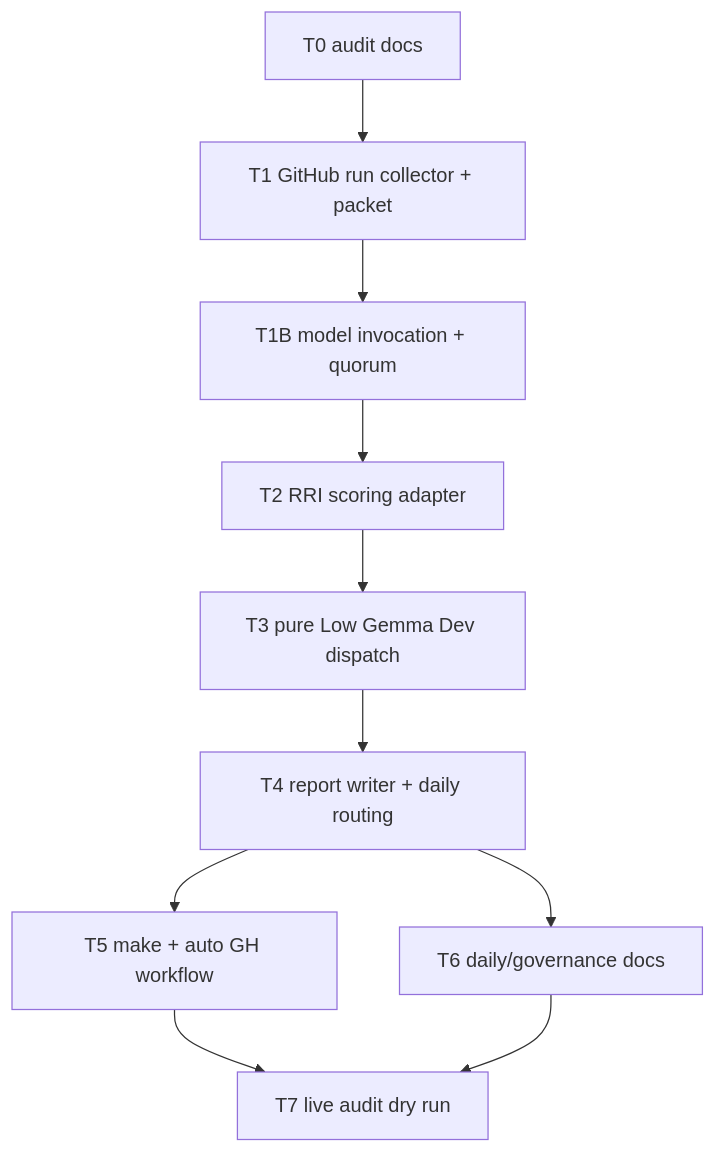
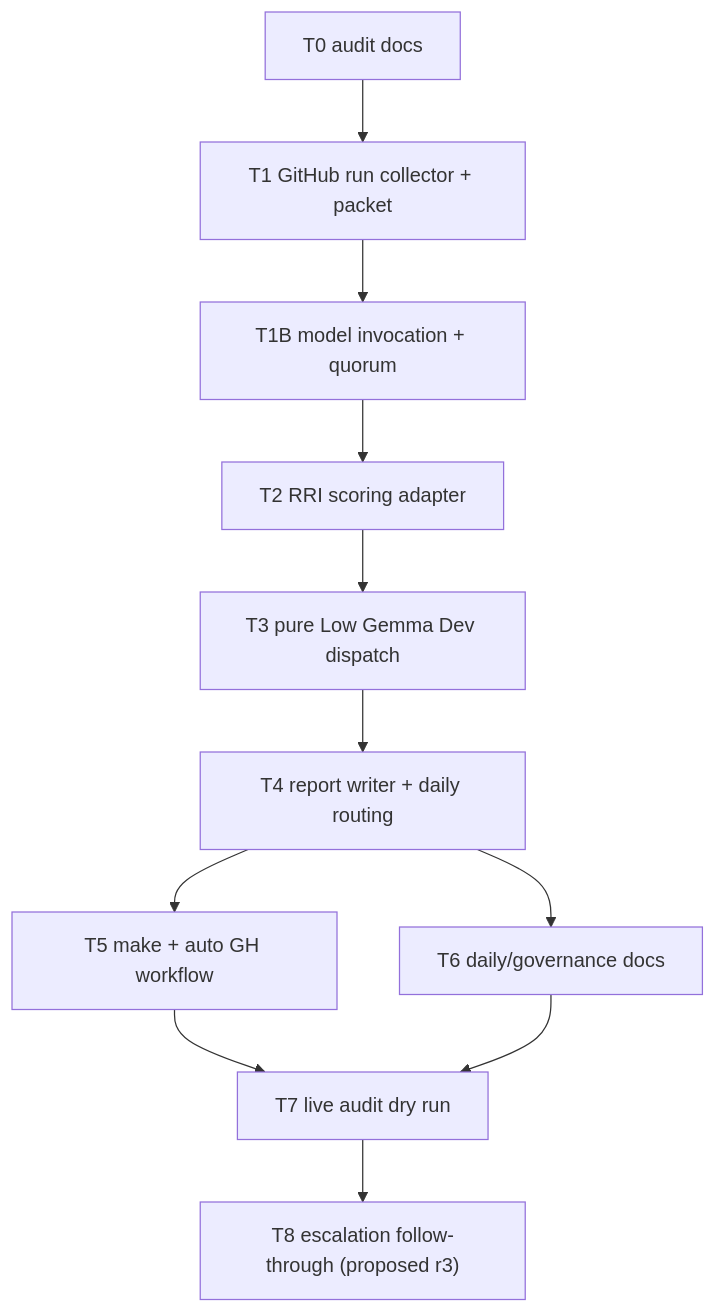
Before and after one commit to krukmat/dubbridge: the diagram in docs/tasks/gemma-push-reviewer-role.md, drawn with Mermaid. The commit also changed other lines of this file and 1 other file, not shown here.

````diff
--- a/docs/tasks/gemma-push-reviewer-role.md
+++ b/docs/tasks/gemma-push-reviewer-role.md
@@ -55,12 +55,13 @@
 ```mermaid
 flowchart TD
     T0["T0 audit docs"] --> T1["T1 GitHub run collector + packet"]
     T1 --> T1B["T1B model invocation + quorum"]
     T1B --> T2["T2 RRI scoring adapter"]
     T2 --> T3["T3 pure Low Gemma Dev dispatch"]
     T3 --> T4["T4 report writer + daily routing"]
     T4 --> T5["T5 make + auto GH workflow"]
     T4 --> T6["T6 daily/governance docs"]
     T5 --> T7["T7 live audit dry run"]
     T6 --> T7
+    T7 --> T8["T8 escalation follow-through (proposed r3)"]
 ```
````
